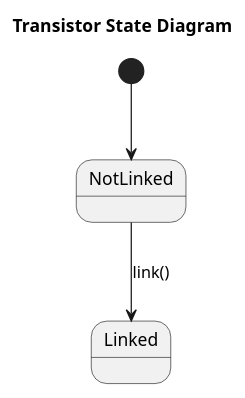
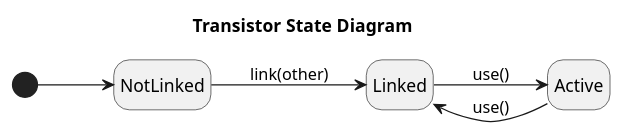
Before and after one commit to sn4k3ch4rm3r/logarlec: the diagram in docs/diagrams/state/transistor-state.puml, drawn with PlantUML. The commit also changed 9 other files, not shown here.

```diff
--- a/docs/diagrams/state/transistor-state.puml
+++ b/docs/diagrams/state/transistor-state.puml
@@ -1,7 +1,11 @@
 @startuml transistor
 title Transistor State Diagram
+hide empty description
+left to right direction
 
 [*] --> NotLinked
-NotLinked --> Linked : link()
+NotLinked --> Linked : link(other)
+Linked --> Active : use()
+Active --> Linked : use()
 
 @enduml
```
